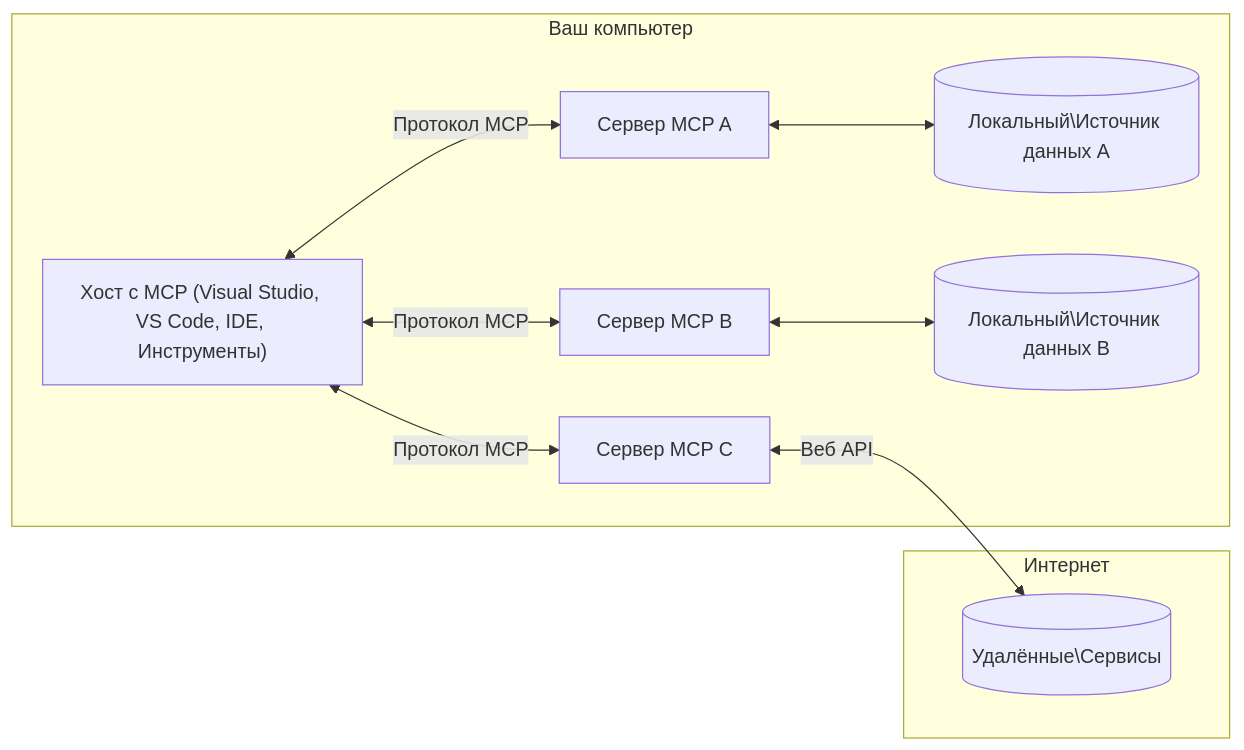
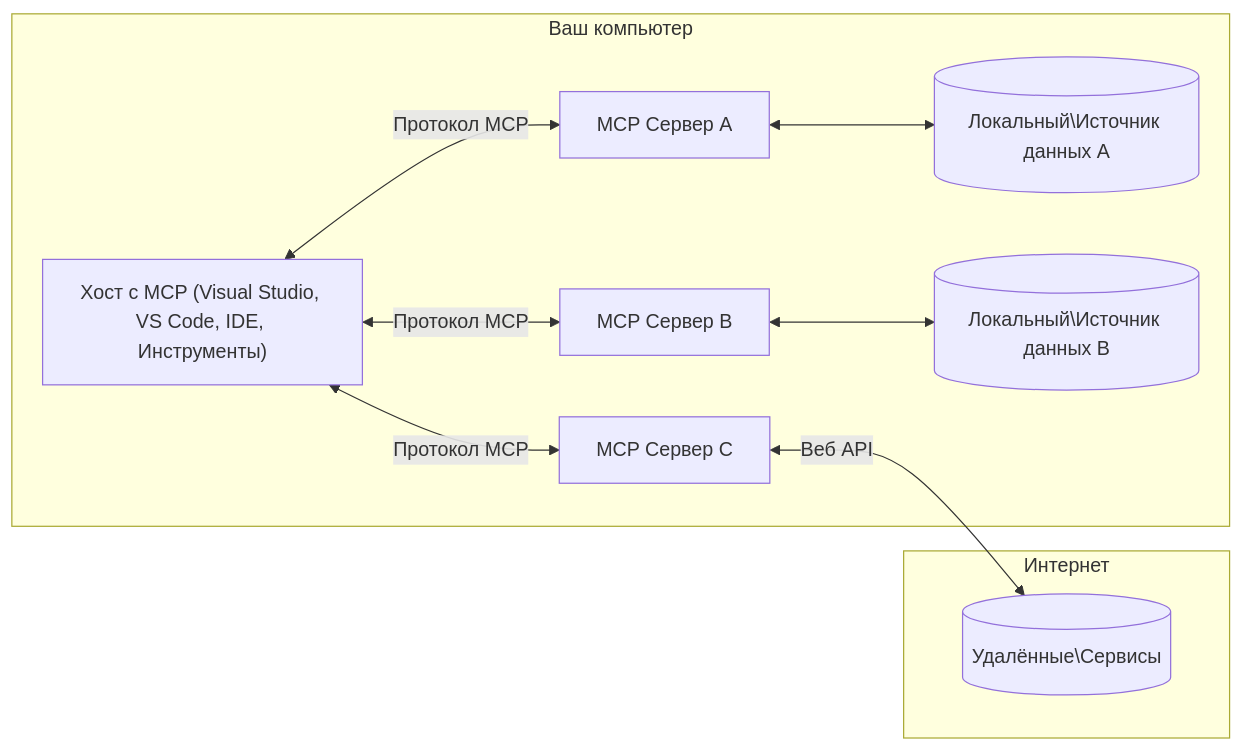
The diagram in translations/ru/01-CoreConcepts/README.md (Mu-L/mcp-for-beginners), drawn with Mermaid before and after one commit. The commit also changed other lines of this file and 110 other files, not shown here.

````diff
--- a/translations/ru/01-CoreConcepts/README.md
+++ b/translations/ru/01-CoreConcepts/README.md
@@ -45,17 +45,17 @@
 ```mermaid
 flowchart LR
     subgraph "Ваш компьютер"
         Host["Хост с MCP (Visual Studio, VS Code, IDE, Инструменты)"]
-        S1["Сервер MCP A"]
-        S2["Сервер MCP B"]
-        S3["Сервер MCP C"]
+        S1["MCP Сервер A"]
+        S2["MCP Сервер B"]
+        S3["MCP Сервер C"]
         Host <-->|"Протокол MCP"| S1
         Host <-->|"Протокол MCP"| S2
         Host <-->|"Протокол MCP"| S3
         S1 <--> D1[("Локальный\Источник данных A")]
         S2 <--> D2[("Локальный\Источник данных B")]
     end
     subgraph "Интернет"
         S3 <-->|"Веб API"| D3[("Удалённые\Сервисы")]
     end
 ```
````
